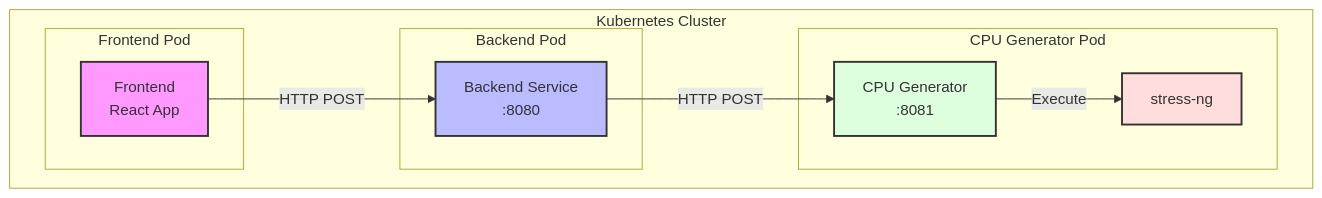
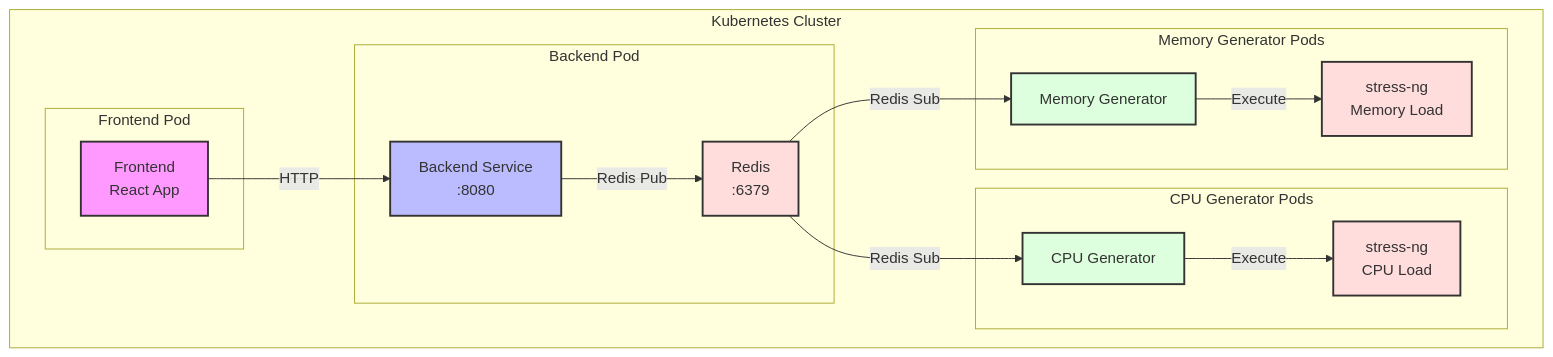
One commit to garlicKim21/load-generator changed the diagram in README.md. Above: the diagram before and after it, drawn with Mermaid. The commit also changed other lines of this file and 2 other files, not shown here.

````diff
--- a/README.md
+++ b/README.md
@@ -18,26 +21,38 @@
 ```mermaid
 graph TD
-    A[Frontend<br/> React App] -->|HTTP POST| B[Backend Service<br/> :8080]
-    B -->|HTTP POST| C[CPU Generator<br/> :8081]
-    C -->|Execute| D[stress-ng]
+    A[Frontend<br/> React App] -->|HTTP| B[Backend Service<br/> :8080]
+    B -->|Redis Pub| R[Redis<br/> :6379]
+    R -->|Redis Sub| C[CPU Generator<br/>]
+    R -->|Redis Sub| M[Memory Generator<br/>]
+    C -->|Execute| D[stress-ng<br/>CPU Load]
+    M -->|Execute| E[stress-ng<br/>Memory Load]
     
     subgraph Kubernetes Cluster
         subgraph Frontend Pod
             A
         end
         
         subgraph Backend Pod
             B
+            R
         end
         
-        subgraph CPU Generator Pod
+        subgraph CPU Generator Pods
             C
             D
+        end
+        
+        subgraph Memory Generator Pods
+            M
+            E
         end
     end
 
     style A fill:#f9f,stroke:#333,stroke-width:2px
     style B fill:#bbf,stroke:#333,stroke-width:2px
+    style R fill:#fdd,stroke:#333,stroke-width:2px
     style C fill:#dfd,stroke:#333,stroke-width:2px
+    style M fill:#dfd,stroke:#333,stroke-width:2px
     style D fill:#fdd,stroke:#333,stroke-width:2px
+    style E fill:#fdd,stroke:#333,stroke-width:2px
 ```
````
